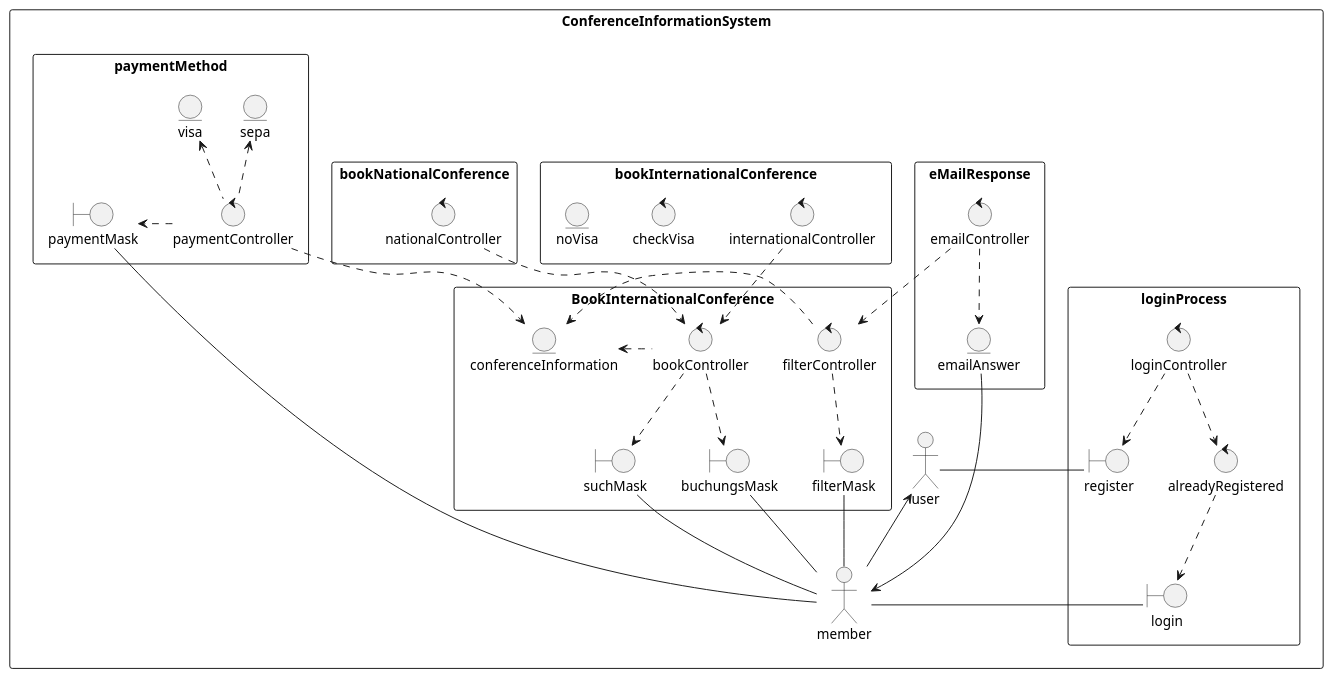
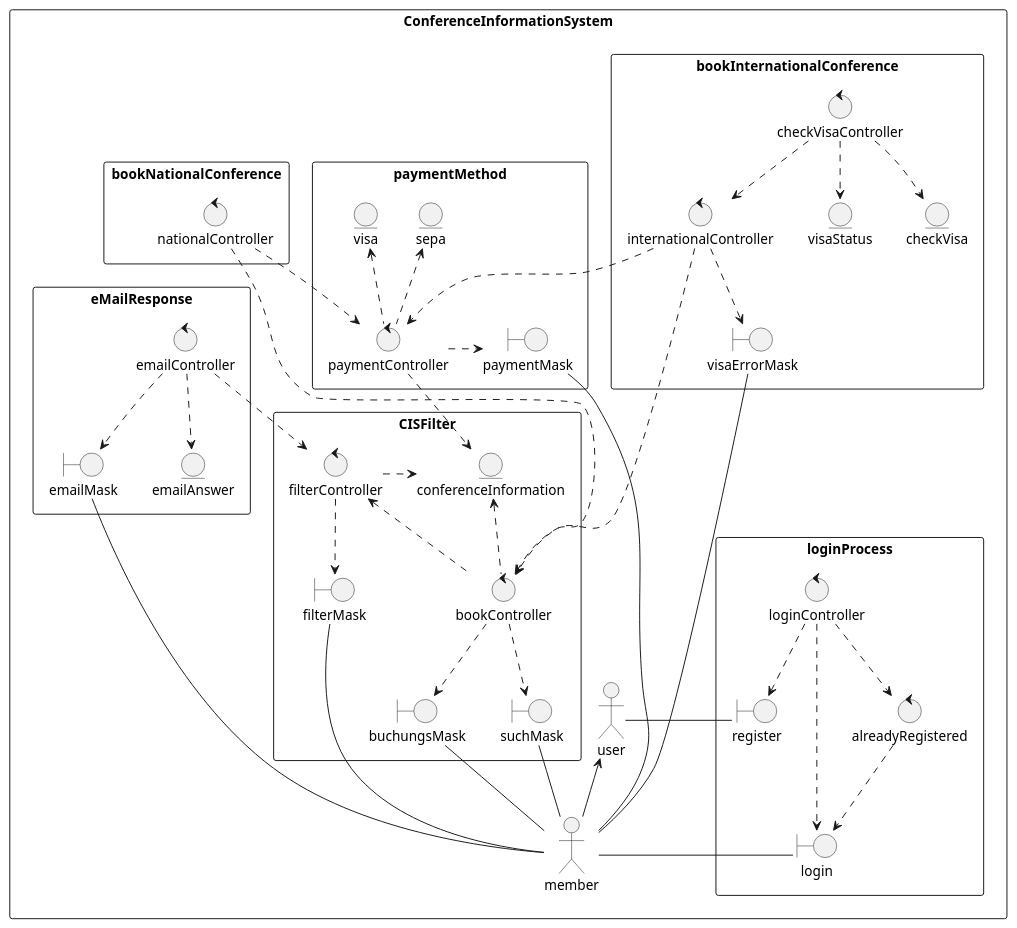
One commit to 1nbetw33n/Parkhaus_new changed the diagram in src/main/personal_spaces/lukas/exercise5/CISRobustheitsanalyse.puml. Above: the diagram before and after it, drawn with PlantUML.

```diff
--- a/src/main/personal_spaces/lukas/exercise5/CISRobustheitsanalyse.puml
+++ b/src/main/personal_spaces/lukas/exercise5/CISRobustheitsanalyse.puml
@@ -1,89 +1,106 @@
 @startuml
 
 rectangle ConferenceInformationSystem {
   actor user
   actor member
   member -up-> user
 
   rectangle loginProcess {
     boundary login
     boundary register
     control loginController
     control alreadyRegistered
 
     user -right- register
     member -right- login
 
     loginController ..> register
     loginController ..> alreadyRegistered
+    loginController ..> login
     alreadyRegistered ..> login
   }
 
-  rectangle BookInternationalConference {
+  rectangle CISFilter {
     boundary suchMask
     boundary buchungsMask
     boundary filterMask
     control bookController
     control filterController
     entity conferenceInformation
 
     member -up- suchMask
     member -up- buchungsMask
     member -up- filterMask
 
 
 
     bookController ..> buchungsMask
     bookController .left.> conferenceInformation
     bookController ..> suchMask
     filterController ..> filterMask
     filterController .right.> conferenceInformation
+    filterController <.. bookController
 
 
   }
+
+  rectangle paymentMethod {
+      boundary paymentMask
+      control paymentController
+      entity sepa
+      entity visa
+
+      member -left- paymentMask
+
+      paymentController .right.> paymentMask
+      paymentController .up.> visa
+      paymentController .up.> sepa
+      paymentController ..> conferenceInformation
+    }
 
   rectangle bookNationalConference {
     control nationalController
 
     nationalController ..> bookController
 
+    nationalController ..> paymentController
+
 
   }
 
   rectangle bookInternationalConference {
+    boundary visaErrorMask
     control internationalController
-    control checkVisa
-    entity noVisa
+    control checkVisaController
+    entity visaStatus
+    entity checkVisa
+
+    internationalController ..> bookController
+    internationalController ..> paymentController
+    internationalController ..> visaErrorMask
+
+    visaErrorMask - member
+
+    checkVisaController ..> internationalController
+    checkVisaController ..> visaStatus
+    checkVisaController ..> checkVisa
+
+  }
 
 
-    internationalController ..> bookController
-  }
-
-  rectangle paymentMethod {
-    boundary paymentMask
-    control paymentController
-    entity sepa
-    entity visa
-
-    member -left- paymentMask
-
-    paymentController .right.> paymentMask
-    paymentController .up.> visa
-    paymentController .up.> sepa
-    paymentController ..> conferenceInformation
-  }
-
   rectangle eMailResponse {
+    boundary emailMask
     control emailController
     entity emailAnswer
 
     emailController ..> emailAnswer
     emailController ..> filterController
-    emailAnswer --> member
+    emailController ..> emailMask
+    emailMask - member
 
 
 
   }
 
 }
 @enduml
```
